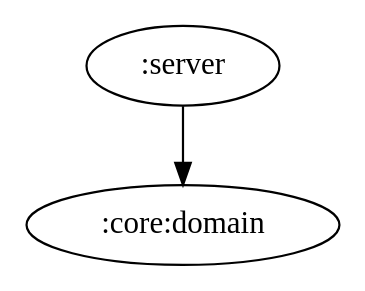
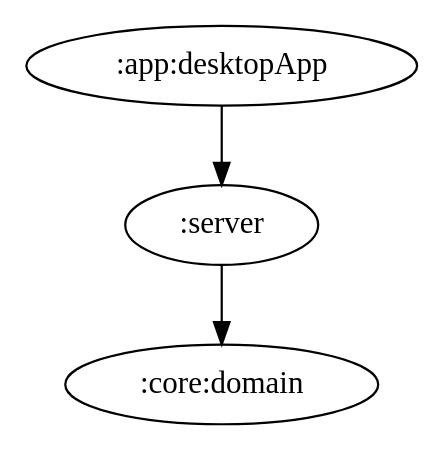
Before and after one commit to ai-kurou/KoDriver: the diagram in docs/graphs/server.gv, drawn with Graphviz. The commit also changed 5 other files, not shown here.

Commit message:
chore: update module graph images [skip ci]

```diff
--- a/docs/graphs/server.gv
+++ b/docs/graphs/server.gv
@@ -1,3 +1,4 @@
 digraph G {
   ":server" -> ":core:domain"
+  ":app:desktopApp" -> ":server"
 }
```
